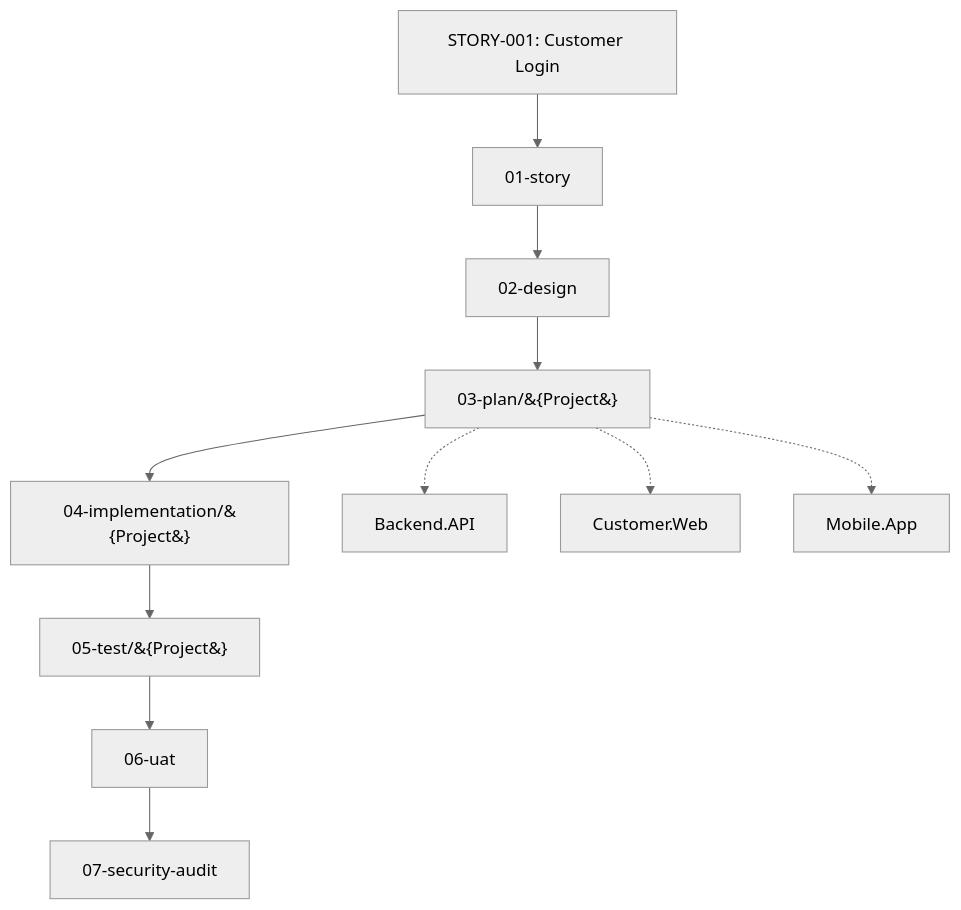
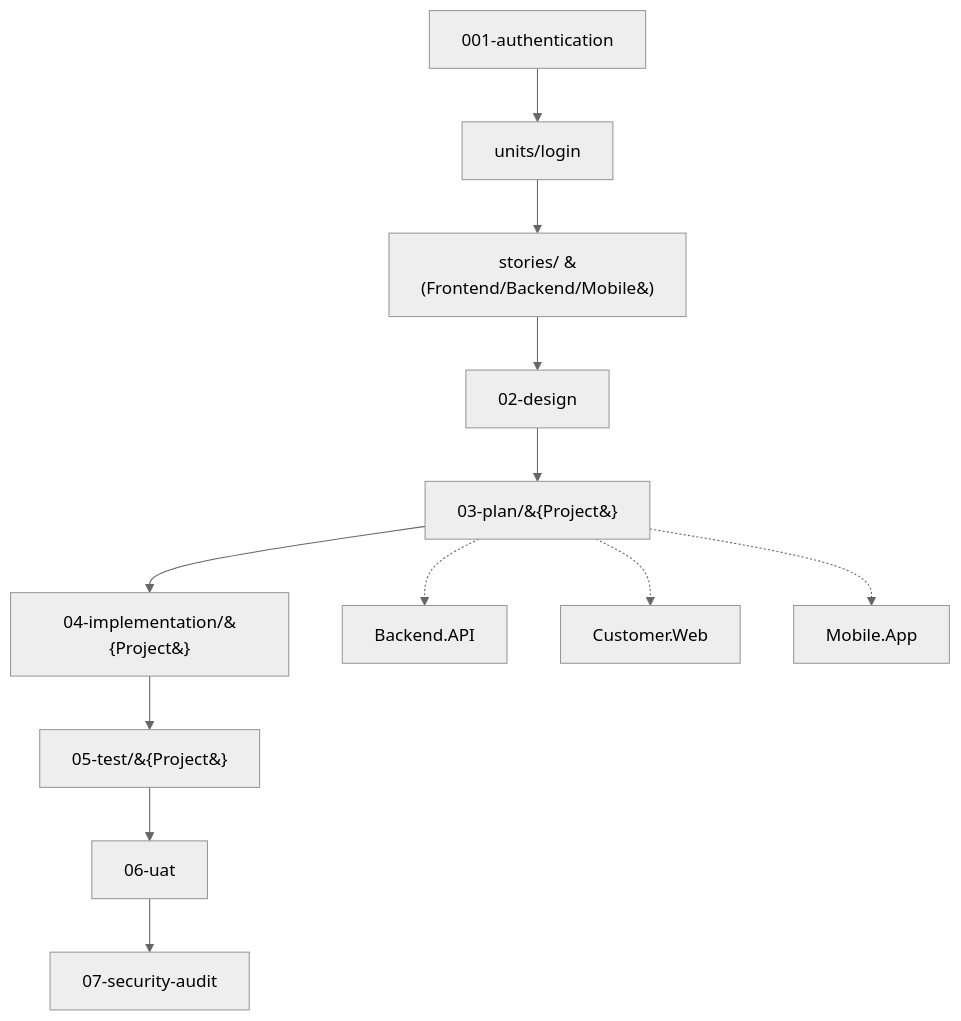
One commit to ajorobert/SpecKit-SSD-SDLC changed the first of 2 diagrams in README.md. Above: the diagram before and after it, drawn with Mermaid (neutral theme). The commit also changed other lines of this file and 51 other files, not shown here.

Commit message:
refactor: transition from story-based to intent-unit-based lifecycle with comprehensive skill-based agent orchestration

````diff
--- a/README.md
+++ b/README.md
@@ -106,13 +106,14 @@
 ```mermaid
 graph TD
-    Story[STORY-001: Customer Login] --> P1[01-story]
-    P1 --> P2[02-design]
+    Intent[001-authentication] --> Unit[units/login]
+    Unit --> S[stories/ &#40;Frontend/Backend/Mobile&#41;]
+    S --> P2[02-design]
     P2 --> P3[03-plan/&#123;Project&#125;]
     P3 --> P4[04-implementation/&#123;Project&#125;]
     P4 --> P5[05-test/&#123;Project&#125;]
     P5 --> P6[06-uat]
     P6 --> P7[07-security-audit]
     P3 -.-> Backend[Backend.API]
     P3 -.-> Web[Customer.Web]
     P3 -.-> Mobile[Mobile.App]
 ```
````
